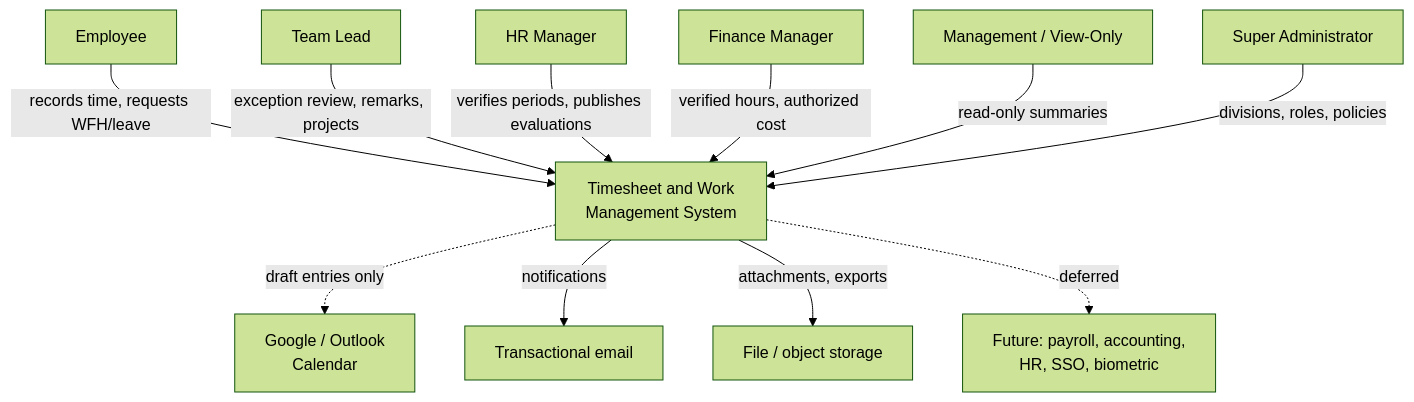
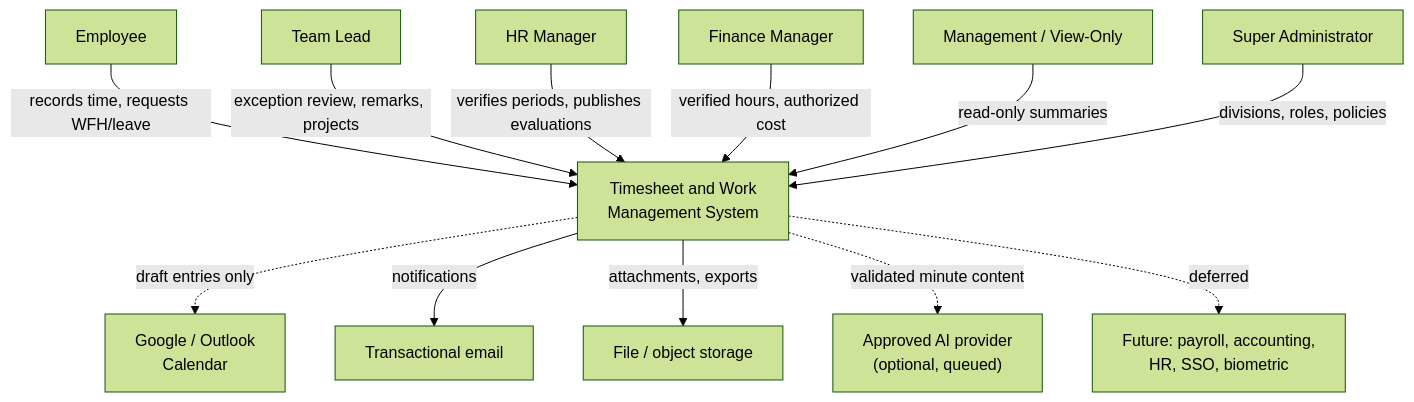
The first of 4 diagrams in docs/architecture.md (ongkon1/Office_Management_system), drawn with Mermaid (forest theme) before and after one commit. The commit also changed other lines of this file and 32 other files, not shown here.

````diff
--- a/docs/architecture.md
+++ b/docs/architecture.md
@@ -50,28 +51,30 @@
 ```mermaid
 graph TB
     EMP["Employee"]
     TL["Team Lead"]
     HR["HR Manager"]
     FIN["Finance Manager"]
     MGT["Management / View-Only"]
     ADM["Super Administrator"]
 
     SYS["Timesheet and Work<br/>Management System"]
 
     CAL["Google / Outlook<br/>Calendar"]
     MAIL["Transactional email"]
     STORE["File / object storage"]
     EXT["Future: payroll, accounting,<br/>HR, SSO, biometric"]
+    AI["Approved AI provider<br/>(optional, queued)"]
 
     EMP -->|"records time, requests WFH/leave"| SYS
     TL -->|"exception review, remarks, projects"| SYS
     HR -->|"verifies periods, publishes evaluations"| SYS
     FIN -->|"verified hours, authorized cost"| SYS
     MGT -->|"read-only summaries"| SYS
     ADM -->|"divisions, roles, policies"| SYS
 
     SYS -.->|"draft entries only"| CAL
     SYS -->|"notifications"| MAIL
     SYS -->|"attachments, exports"| STORE
+    SYS -.->|"validated minute content"| AI
     SYS -.->|"deferred"| EXT
 ```
````
